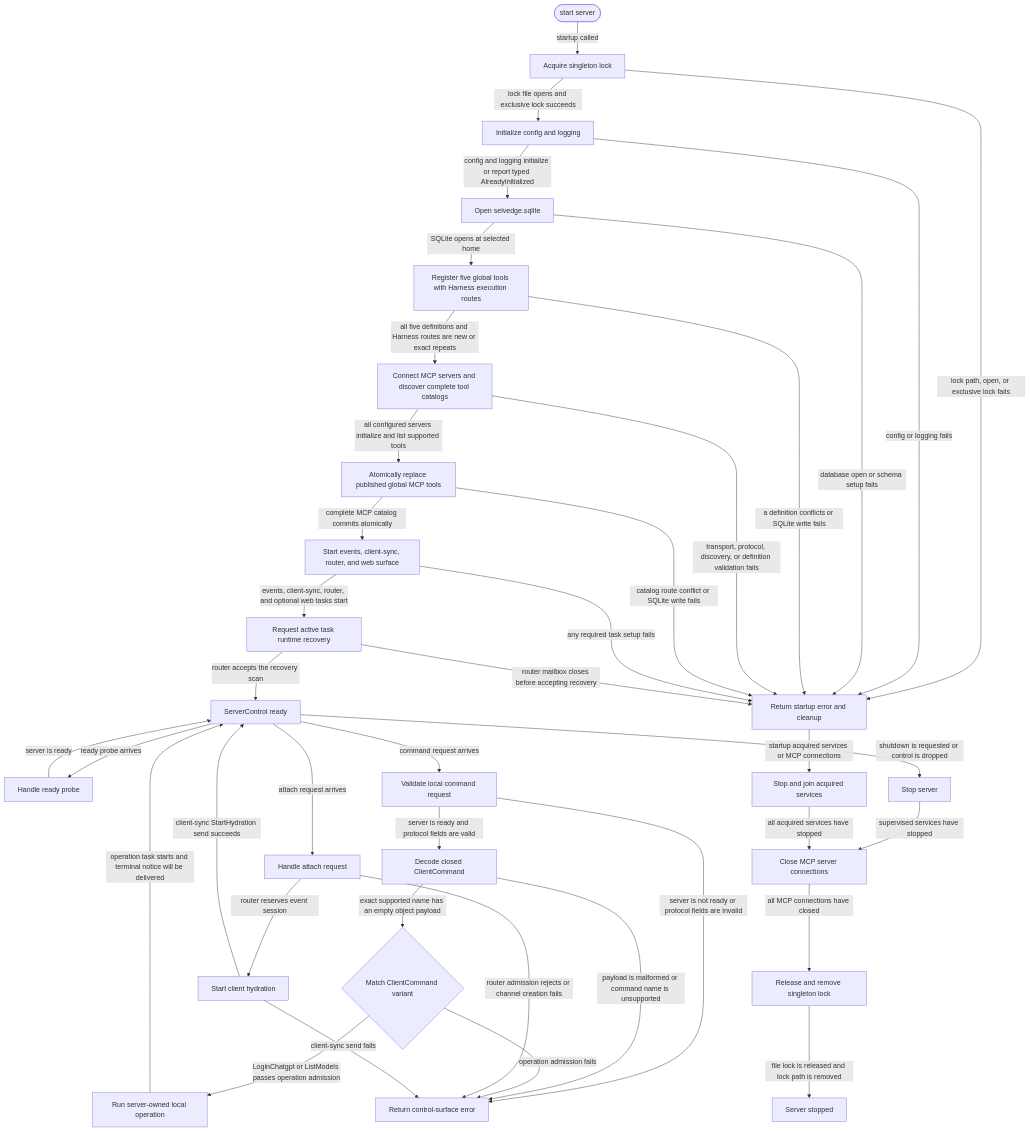
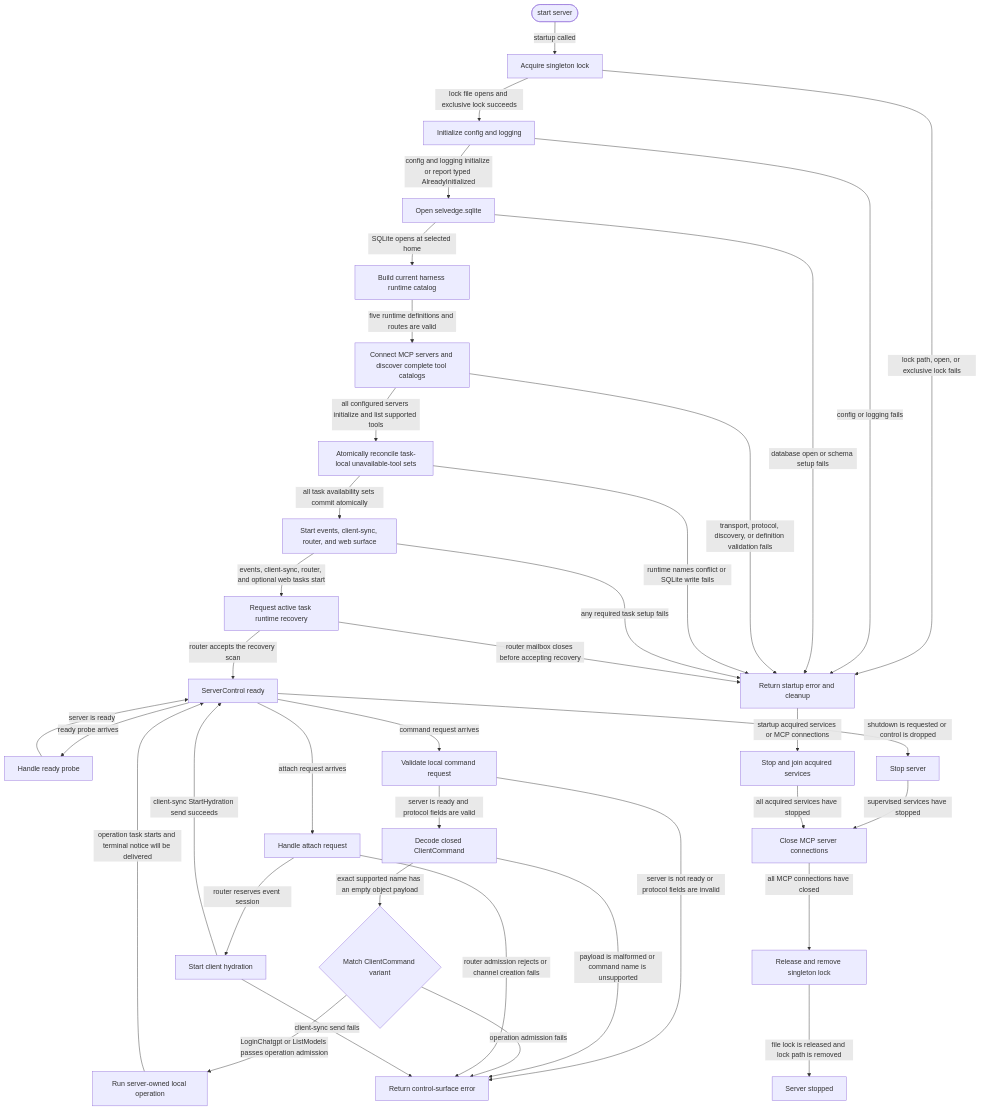
The diagram in crates/server/README.md (JiaJunDeng5930/Selvedge), drawn with Mermaid before and after one commit. The commit also changed other lines of this file and 34 other files, not shown here.

First line of the commit message:
fix!: freeze tool contracts per task

````diff
--- a/crates/server/README.md
+++ b/crates/server/README.md
@@ -43,66 +43,65 @@
 ```mermaid
 flowchart TD
   Start([start server])
   Lock[Acquire singleton lock]
   InitConfig[Initialize config and logging]
   OpenDb[Open selvedge.sqlite]
-  RegisterTools[Register five global tools with Harness execution routes]
+  BuildHarness[Build current harness runtime catalog]
   DiscoverMcp[Connect MCP servers and discover complete tool catalogs]
-  PublishMcp[Atomically replace published global MCP tools]
+  ReconcileTools[Atomically reconcile task-local unavailable-tool sets]
   SpawnServices[Start events, client-sync, router, and web surface]
   Recover[Request active task runtime recovery]
   Ready[ServerControl ready]
   Probe[Handle ready probe]
   Submit[Validate local command request]
   Decode[Decode closed ClientCommand]
   Dispatch{Match ClientCommand variant}
   LocalOperation[Run server-owned local operation]
   Attach[Handle attach request]
   Hydrate[Start client hydration]
   Stop[Stop server]
   RollbackServices[Stop and join acquired services]
   CloseMcp[Close MCP server connections]
   ReleaseLock[Release and remove singleton lock]
   StartupFailure[Return startup error and cleanup]
   RequestFailure[Return control-surface error]
   Stopped[Server stopped]
 
   Start -->|startup called| Lock
   Lock -->|lock file opens and exclusive lock succeeds| InitConfig
   Lock -->|lock path, open, or exclusive lock fails| StartupFailure
   InitConfig -->|config and logging initialize or report typed AlreadyInitialized| OpenDb
   InitConfig -->|config or logging fails| StartupFailure
-  OpenDb -->|SQLite opens at selected home| RegisterTools
+  OpenDb -->|SQLite opens at selected home| BuildHarness
   OpenDb -->|database open or schema setup fails| StartupFailure
-  RegisterTools -->|all five definitions and Harness routes are new or exact repeats| DiscoverMcp
-  RegisterTools -->|a definition conflicts or SQLite write fails| StartupFailure
-  DiscoverMcp -->|all configured servers initialize and list supported tools| PublishMcp
+  BuildHarness -->|five runtime definitions and routes are valid| DiscoverMcp
+  DiscoverMcp -->|all configured servers initialize and list supported tools| ReconcileTools
   DiscoverMcp -->|transport, protocol, discovery, or definition validation fails| StartupFailure
-  PublishMcp -->|complete MCP catalog commits atomically| SpawnServices
-  PublishMcp -->|catalog route conflict or SQLite write fails| StartupFailure
+  ReconcileTools -->|all task availability sets commit atomically| SpawnServices
+  ReconcileTools -->|runtime names conflict or SQLite write fails| StartupFailure
   SpawnServices -->|events, client-sync, router, and optional web tasks start| Recover
   SpawnServices -->|any required task setup fails| StartupFailure
   Recover -->|router accepts the recovery scan| Ready
   Recover -->|router mailbox closes before accepting recovery| StartupFailure
   Ready -->|ready probe arrives| Probe
   Probe -->|server is ready| Ready
   Ready -->|command request arrives| Submit
   Submit -->|server is ready and protocol fields are valid| Decode
   Submit -->|server is not ready or protocol fields are invalid| RequestFailure
   Decode -->|exact supported name has an empty object payload| Dispatch
   Decode -->|payload is malformed or command name is unsupported| RequestFailure
   Dispatch -->|LoginChatgpt or ListModels passes operation admission| LocalOperation
   Dispatch -->|operation admission fails| RequestFailure
   LocalOperation -->|operation task starts and terminal notice will be delivered| Ready
   Ready -->|attach request arrives| Attach
   Attach -->|router reserves event session| Hydrate
   Attach -->|router admission rejects or channel creation fails| RequestFailure
   Hydrate -->|client-sync StartHydration send succeeds| Ready
   Hydrate -->|client-sync send fails| RequestFailure
   Ready -->|shutdown is requested or control is dropped| Stop
   Stop -->|supervised services have stopped| CloseMcp
   StartupFailure -->|startup acquired services or MCP connections| RollbackServices
   RollbackServices -->|all acquired services have stopped| CloseMcp
   CloseMcp -->|all MCP connections have closed| ReleaseLock
   ReleaseLock -->|file lock is released and lock path is removed| Stopped
 ```
````
